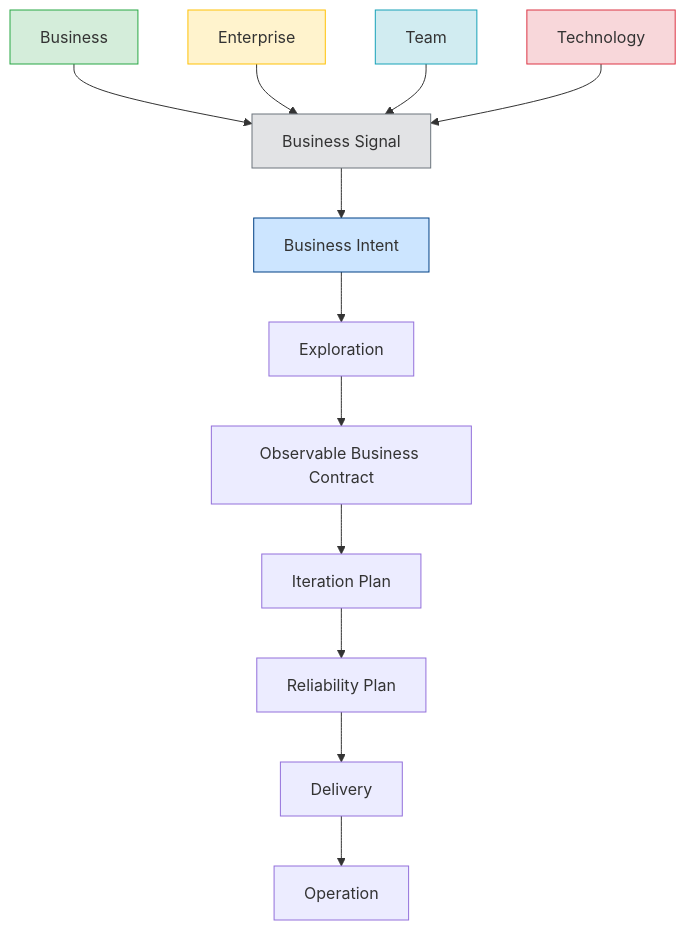
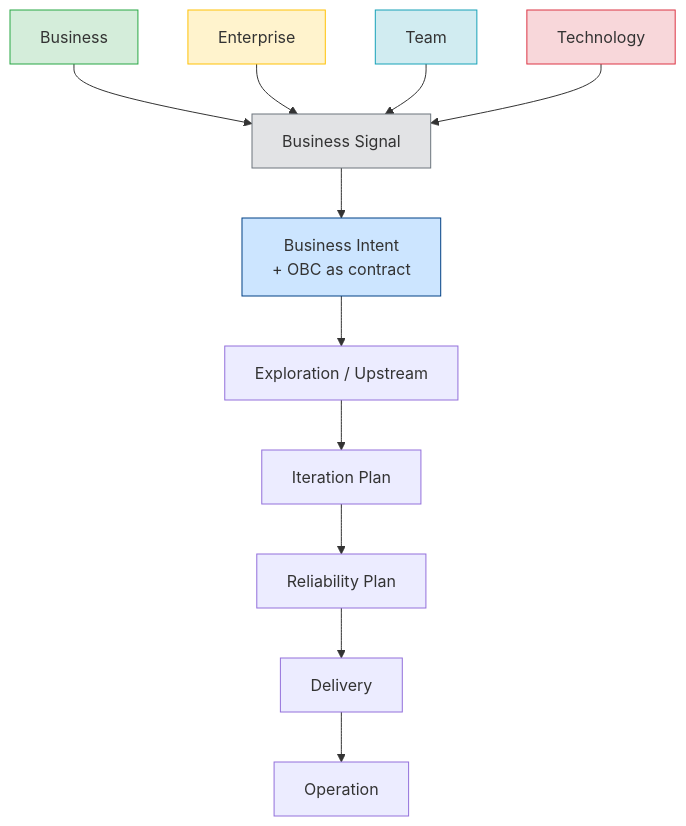
One commit to produtoreativo/payments-api changed the diagram in prodops/framework/origin-streams.en.md. Above: the diagram before and after it, drawn with Mermaid. The commit also changed other lines of this file and 5 other files, not shown here.

First line of the commit message:
fix(prodops): fix diagrams, traceability chains, add OBC 4-dimension model

````diff
--- a/prodops/framework/origin-streams.en.md
+++ b/prodops/framework/origin-streams.en.md
@@ -15,27 +17,26 @@
 ```mermaid
 flowchart TD
     B[Business]
     EN[Enterprise]
     TM[Team]
     TY[Technology]
 
     B --> BS[Business Signal]
     EN --> BS
     TM --> BS
     TY --> BS
 
-    BS --> BI[Business Intent]
-    BI --> EX[Exploration]
-    EX --> OBC[Observable Business Contract]
-    OBC --> IP[Iteration Plan]
+    BS --> BI[Business Intent\n+ OBC as contract]
+    BI --> EX[Exploration / Upstream]
+    EX --> IP[Iteration Plan]
     IP --> RP[Reliability Plan]
     RP --> D[Delivery]
     D --> OP[Operation]
 
     style B fill:#d4edda,stroke:#28a745
     style EN fill:#fff3cd,stroke:#ffc107
     style TM fill:#d1ecf1,stroke:#17a2b8
     style TY fill:#f8d7da,stroke:#dc3545
     style BS fill:#e2e3e5,stroke:#6c757d
     style BI fill:#cce5ff,stroke:#004085
 ```
````
